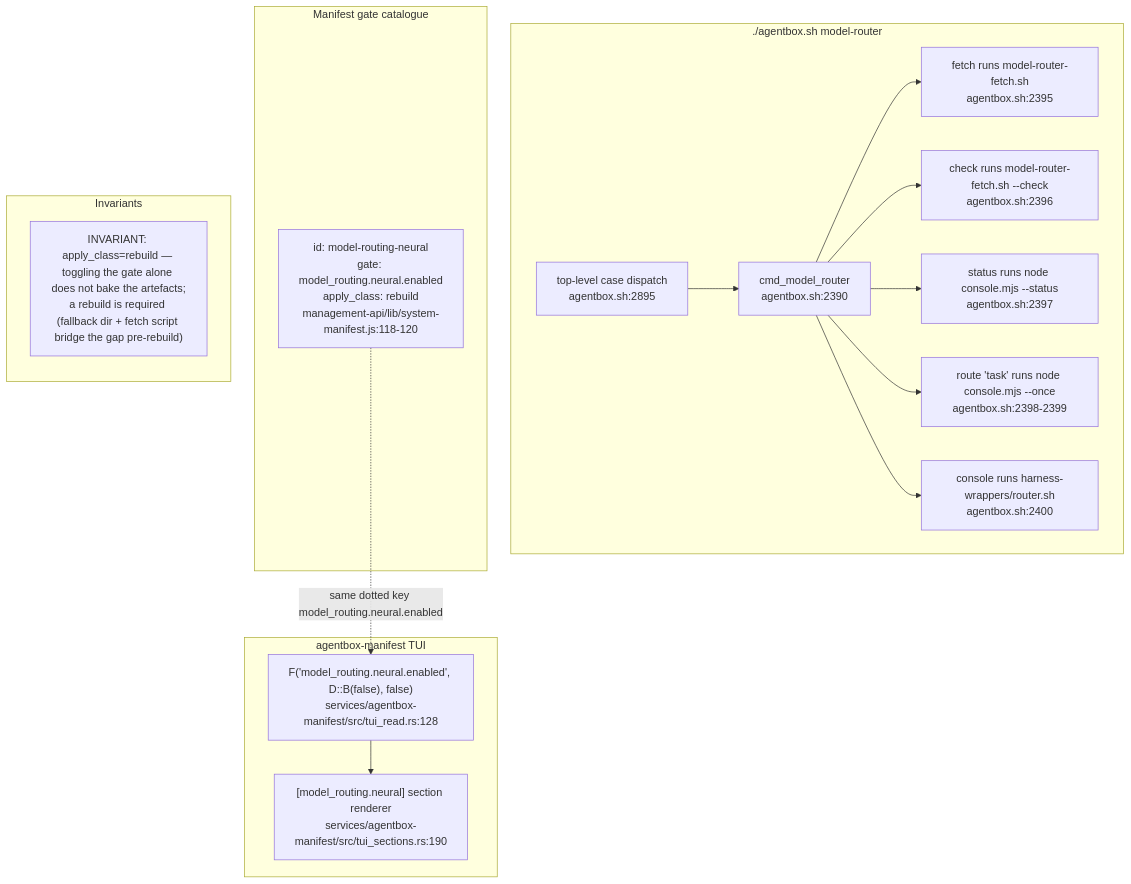
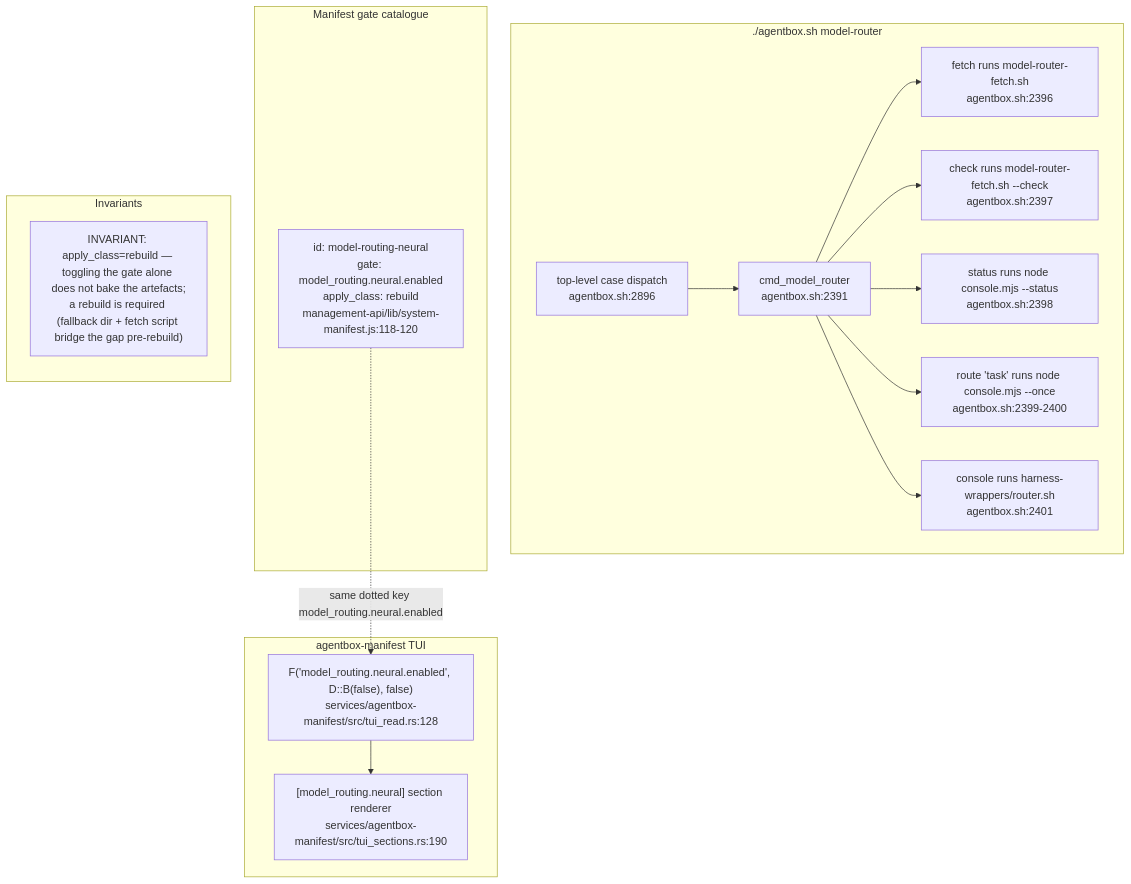
Before and after one commit to DreamLab-AI/VisionFlow: the eighth of 9 diagrams in docs/diagrams/agentbox/29-metaharness-router-console.md, drawn with Mermaid. The commit also changed other lines of this file and 173 other files, not shown here.

````diff
--- a/docs/diagrams/agentbox/29-metaharness-router-console.md
+++ b/docs/diagrams/agentbox/29-metaharness-router-console.md
@@ -281,32 +281,32 @@
 ```mermaid
 flowchart TB
     subgraph cli["./agentbox.sh model-router <sub>"]
-        CMD["cmd_model_router<br/>agentbox.sh:2390"]
-        FETCH2["fetch runs model-router-fetch.sh<br/>agentbox.sh:2395"]
-        CHECK2["check runs model-router-fetch.sh --check<br/>agentbox.sh:2396"]
-        STATUS2["status runs node console.mjs --status<br/>agentbox.sh:2397"]
-        ROUTE2["route 'task' runs node console.mjs --once<br/>agentbox.sh:2398-2399"]
-        CONSOLE2["console runs harness-wrappers/router.sh<br/>agentbox.sh:2400"]
-        DISPATCH["top-level case dispatch<br/>agentbox.sh:2895"]
+        CMD["cmd_model_router<br/>agentbox.sh:2391"]
+        FETCH2["fetch runs model-router-fetch.sh<br/>agentbox.sh:2396"]
+        CHECK2["check runs model-router-fetch.sh --check<br/>agentbox.sh:2397"]
+        STATUS2["status runs node console.mjs --status<br/>agentbox.sh:2398"]
+        ROUTE2["route 'task' runs node console.mjs --once<br/>agentbox.sh:2399-2400"]
+        CONSOLE2["console runs harness-wrappers/router.sh<br/>agentbox.sh:2401"]
+        DISPATCH["top-level case dispatch<br/>agentbox.sh:2896"]
     end
     subgraph catalogue["Manifest gate catalogue"]
         GATE["id: model-routing-neural<br/>gate: model_routing.neural.enabled<br/>apply_class: rebuild<br/>management-api/lib/system-manifest.js:118-120"]
     end
     subgraph tui["agentbox-manifest TUI"]
         READ["F('model_routing.neural.enabled', D::B(false), false)<br/>services/agentbox-manifest/src/tui_read.rs:128"]
         RENDER["[model_routing.neural] section renderer<br/>services/agentbox-manifest/src/tui_sections.rs:190"]
     end
     DISPATCH --> CMD
     CMD --> FETCH2
     CMD --> CHECK2
     CMD --> STATUS2
     CMD --> ROUTE2
     CMD --> CONSOLE2
     GATE -.->|"same dotted key model_routing.neural.enabled"| READ
     READ --> RENDER
     subgraph notes["Invariants"]
         direction TB
         N1["INVARIANT: apply_class=rebuild — toggling the gate alone does not bake the artefacts;<br/>a rebuild is required (fallback dir + fetch script bridge the gap pre-rebuild)"]
         N1
     end
 ```
````
